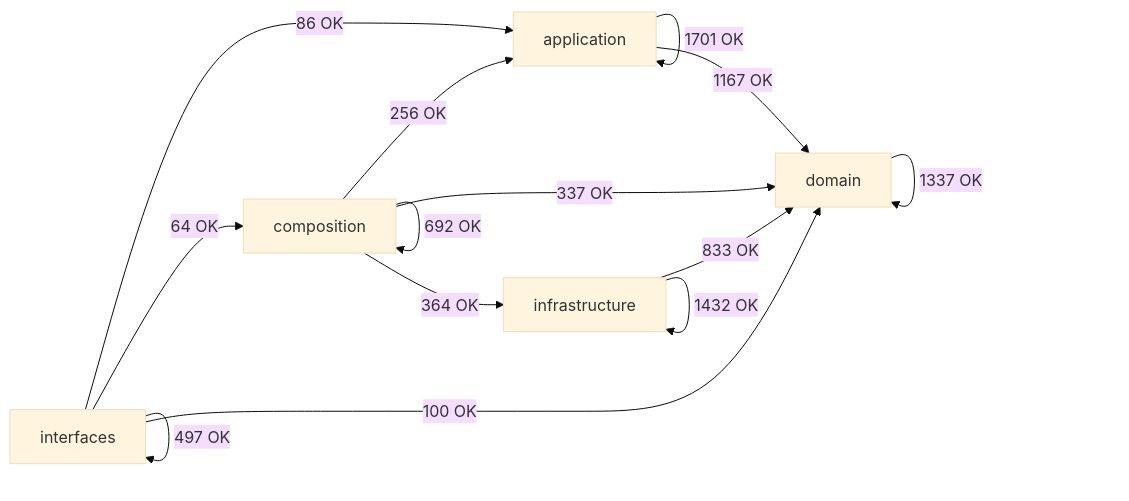
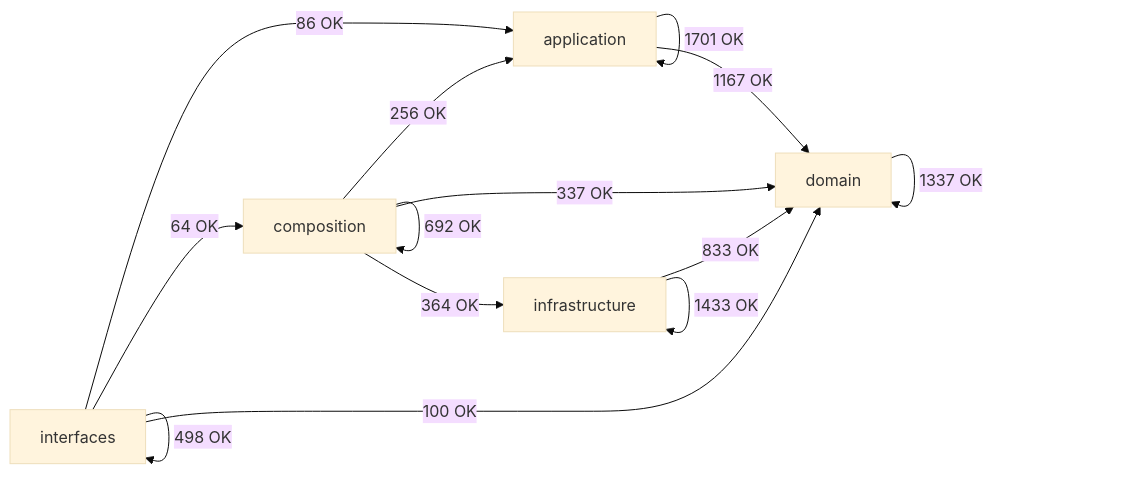
The diagram in docs/02-architecture/generated/module-dependency-map.md (SatoryKono/BioactivityDataAcquisition), drawn with Mermaid (base theme) before and after one commit. The commit also changed other lines of this file and 21 other files, not shown here.

````diff
--- a/docs/02-architecture/generated/module-dependency-map.md
+++ b/docs/02-architecture/generated/module-dependency-map.md
@@ -17,21 +17,21 @@
 ```mermaid
 flowchart LR
     domain[domain]
     application[application]
     infrastructure[infrastructure]
     composition[composition]
     interfaces[interfaces]
     application -->|1701 OK| application
     application -->|1167 OK| domain
     composition -->|256 OK| application
     composition -->|692 OK| composition
     composition -->|337 OK| domain
     composition -->|364 OK| infrastructure
     domain -->|1337 OK| domain
     infrastructure -->|833 OK| domain
-    infrastructure -->|1432 OK| infrastructure
+    infrastructure -->|1433 OK| infrastructure
     interfaces -->|86 OK| application
     interfaces -->|64 OK| composition
     interfaces -->|100 OK| domain
-    interfaces -->|497 OK| interfaces
+    interfaces -->|498 OK| interfaces
 ```
````
